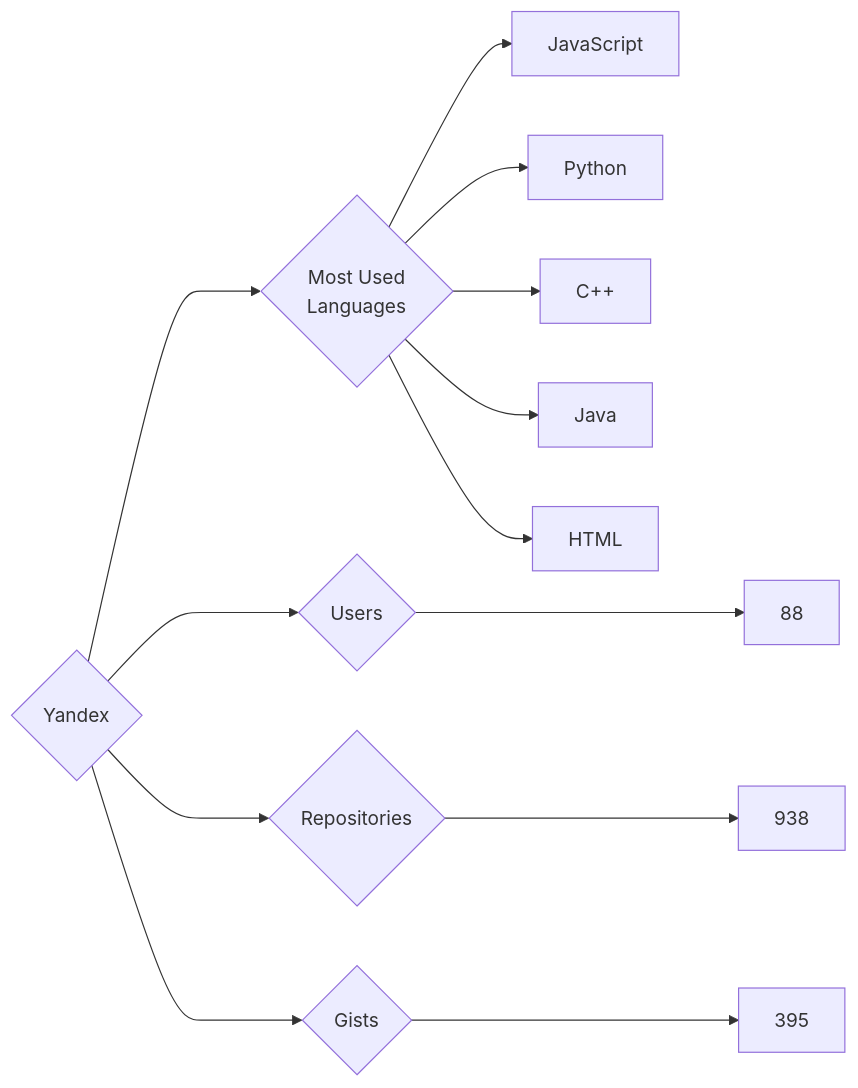
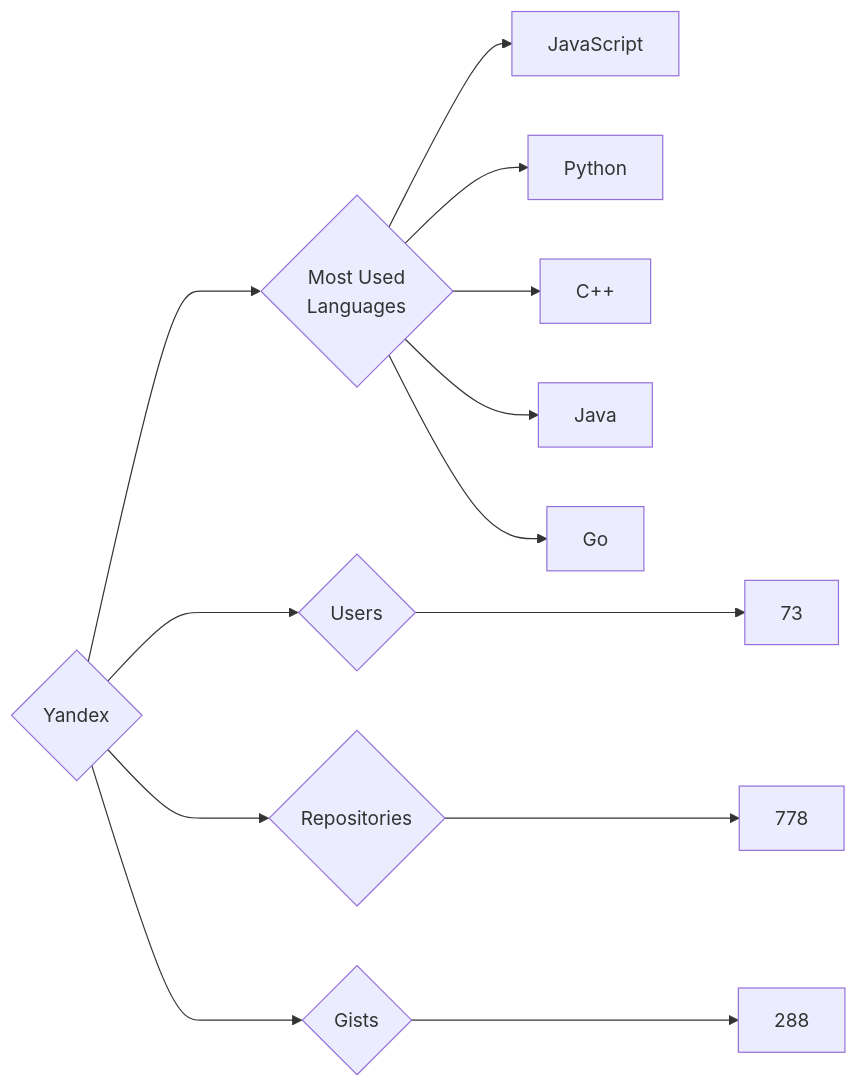
The diagram in targets/Yandex/README.md (trickest/insiders), drawn with Mermaid before and after one commit. The commit also changed 860 other files, not shown here.

````diff
--- a/targets/Yandex/README.md
+++ b/targets/Yandex/README.md
@@ -3,13 +3,13 @@
 ```mermaid
 graph LR
 COMPANY_NAME{Yandex}
-COMPANY_NAME ---> U{Users} ---> UN[88]
-COMPANY_NAME ---> R{Repositories} ---> RN[938]
-COMPANY_NAME ---> G{Gists} ---> GN[395]
+COMPANY_NAME ---> U{Users} ---> UN[73]
+COMPANY_NAME ---> R{Repositories} ---> RN[778]
+COMPANY_NAME ---> G{Gists} ---> GN[288]
 COMPANY_NAME ---> ML{Most Used<br>Languages}
 ML --> JavaScript[JavaScript]
 ML --> Python[Python]
 ML --> C++[C++]
 ML --> Java[Java]
-ML --> HTML[HTML]
+ML --> Go[Go]
 ```
````
